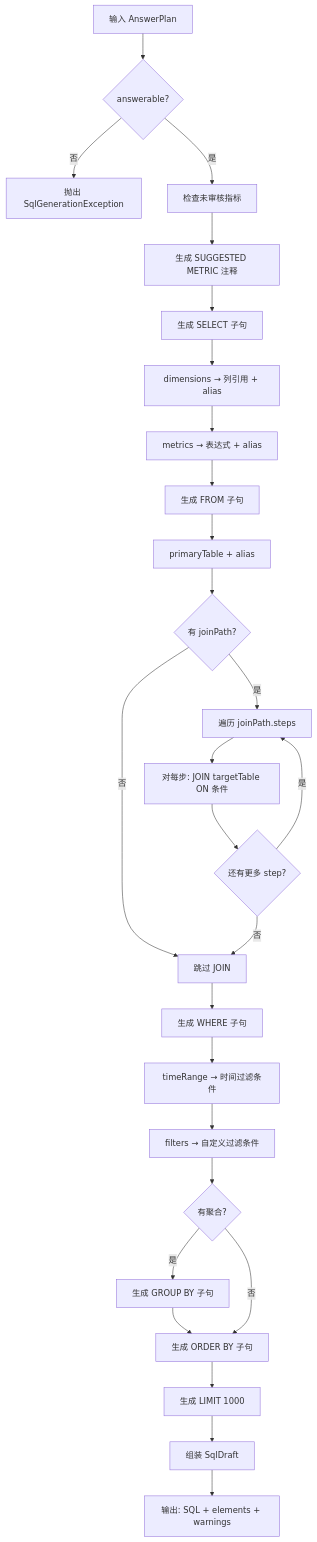
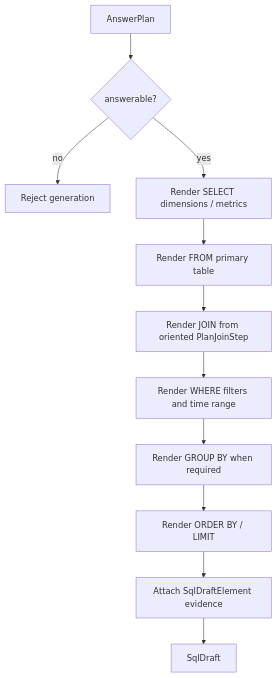
One commit to xiaoguang/relation-detector changed the diagram in docs/design/semantic-layer/10-sql-draft-generator.md. Above: the diagram before and after it, drawn with Mermaid. The commit also changed other lines of this file and 17 other files, not shown here.

````diff
--- a/docs/design/semantic-layer/10-sql-draft-generator.md
+++ b/docs/design/semantic-layer/10-sql-draft-generator.md
@@ -65,29 +46,13 @@
 ```mermaid
 flowchart TD
-    A[输入 AnswerPlan] --> B{answerable?}
-    B -- 否 --> ERR[抛出 SqlGenerationException]
-    B -- 是 --> C[检查未审核指标]
-    C --> D[生成 SUGGESTED METRIC 注释]
-    D --> E[生成 SELECT 子句]
-    E --> F[dimensions → 列引用 + alias]
-    F --> G[metrics → 表达式 + alias]
-    G --> H[生成 FROM 子句]
-    H --> I[primaryTable + alias]
-    I --> J{有 joinPath?}
-    J -- 否 --> K[跳过 JOIN]
-    J -- 是 --> L[遍历 joinPath.steps]
-    L --> M[对每步: JOIN targetTable ON 条件]
-    M --> N{还有更多 step?}
-    N -- 是 --> L
-    N -- 否 --> K
-    K --> O[生成 WHERE 子句]
-    O --> P[timeRange → 时间过滤条件]
-    P --> Q[filters → 自定义过滤条件]
-    Q --> R{有聚合?}
-    R -- 是 --> S[生成 GROUP BY 子句]
-    S --> T[生成 ORDER BY 子句]
-    R -- 否 --> T
-    T --> U[生成 LIMIT 1000]
-    U --> V[组装 SqlDraft]
-    V --> W[输出: SQL + elements + warnings]
+  A["AnswerPlan"] --> B{"answerable?"}
+  B -- "no" --> C["Reject generation"]
+  B -- "yes" --> D["Render SELECT dimensions / metrics"]
+  D --> E["Render FROM primary table"]
+  E --> F["Render JOIN from oriented PlanJoinStep"]
+  F --> G["Render WHERE filters and time range"]
+  G --> H["Render GROUP BY when required"]
+  H --> I["Render ORDER BY / LIMIT"]
+  I --> J["Attach SqlDraftElement evidence"]
+  J --> K["SqlDraft"]
 ```
````
